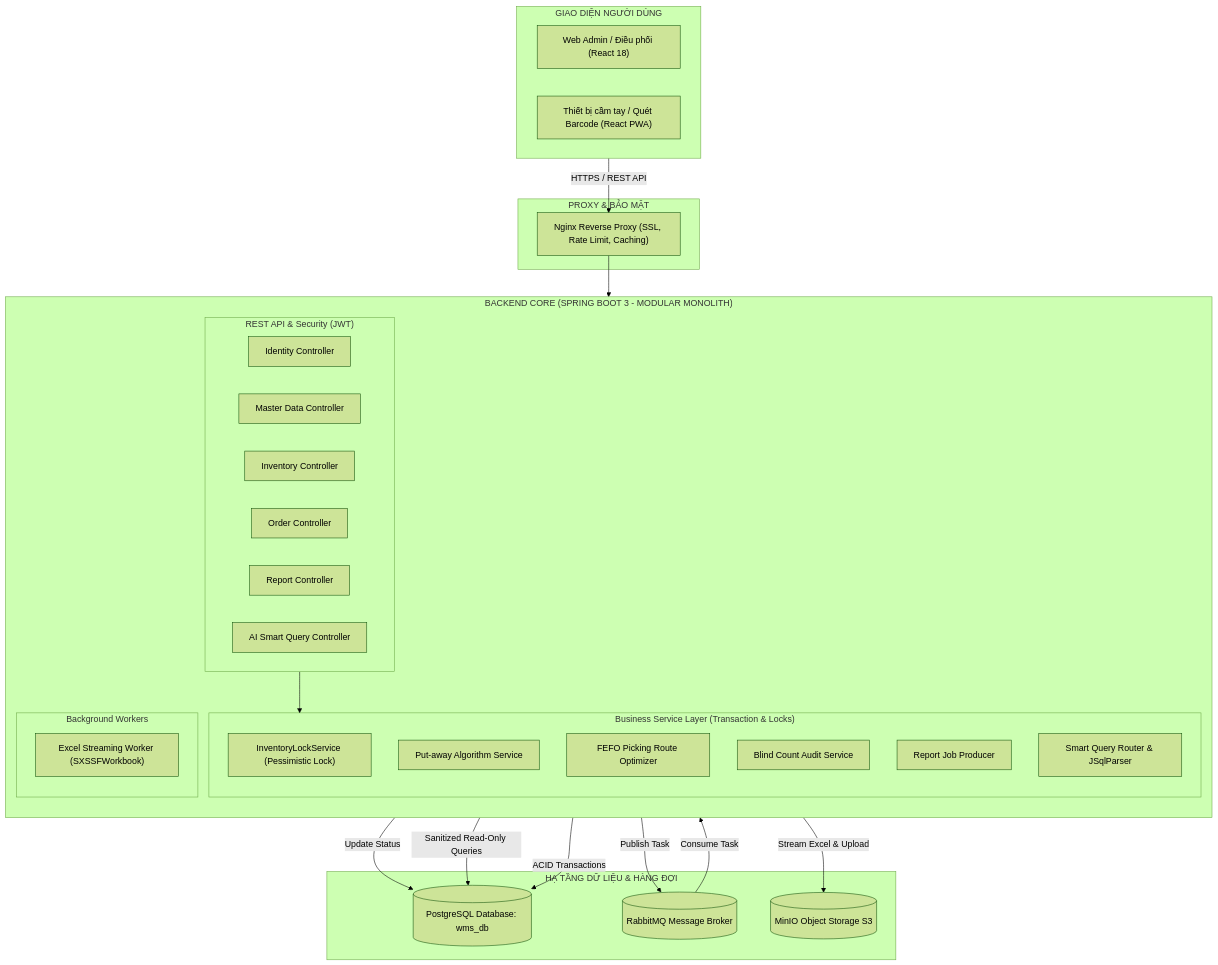
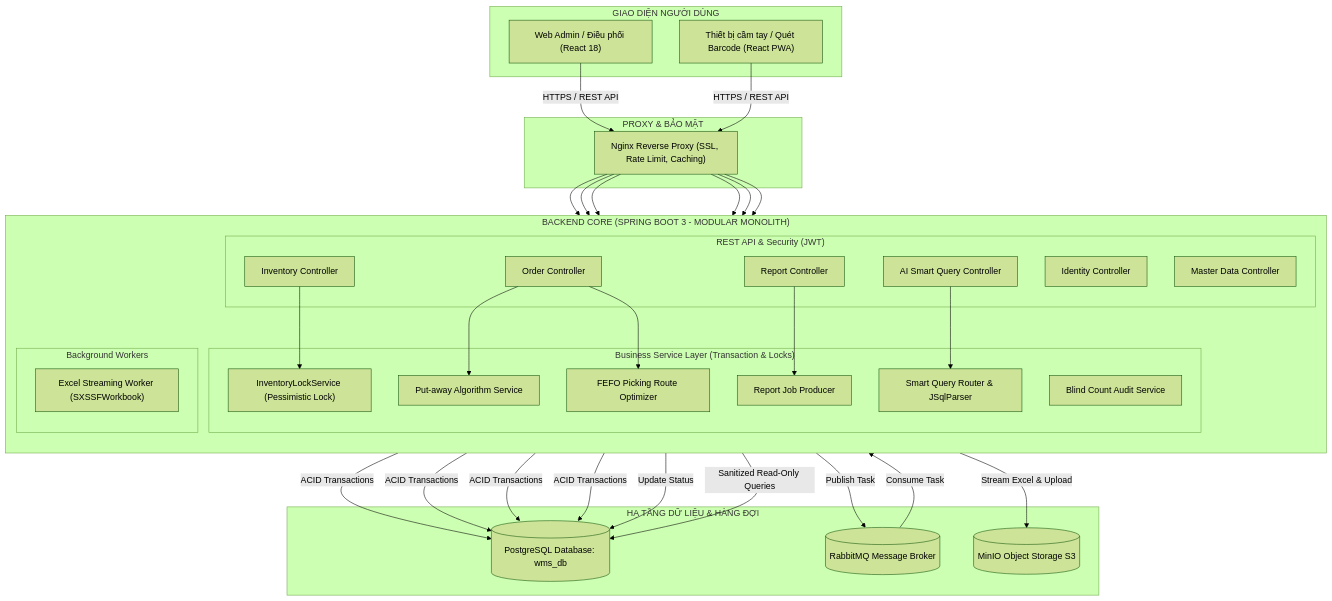
The first of 4 diagrams in SMART_WMS_ARCHITECTURE.md (chien261025/HKDN), drawn with Mermaid (forest theme) before and after one commit. The commit also changed 1 other file, not shown here.

Commit message:
fix(docs): resolve mermaid diagram rendering syntax across markdown viewers

````diff
--- a/SMART_WMS_ARCHITECTURE.md
+++ b/SMART_WMS_ARCHITECTURE.md
@@ -38,52 +38,55 @@
 ```mermaid
 graph TB
     subgraph Clients ["GIAO DIỆN NGƯỜI DÙNG"]
         WebAdmin["Web Admin / Điều phối (React 18)"]
         MobileScanner["Thiết bị cầm tay / Quét Barcode (React PWA)"]
     end
 
     subgraph Gateway ["PROXY & BẢO MẬT"]
         Nginx["Nginx Reverse Proxy (SSL, Rate Limit, Caching)"]
     end
 
     subgraph SpringBootApp ["BACKEND CORE (SPRING BOOT 3 - MODULAR MONOLITH)"]
         direction TB
         subgraph REST_Controllers ["REST API & Security (JWT)"]
             AuthCtrl["Identity Controller"]
             MasterCtrl["Master Data Controller"]
             InvCtrl["Inventory Controller"]
             OrderCtrl["Order Controller"]
             ReportCtrl["Report Controller"]
             AICtrl["AI Smart Query Controller"]
         end
 
         subgraph Core_Services ["Business Service Layer (Transaction & Locks)"]
             InvLockSvc["InventoryLockService (Pessimistic Lock)"]
             PutAwaySvc["Put-away Algorithm Service"]
             FEFOSvc["FEFO Picking Route Optimizer"]
             AuditSvc["Blind Count Audit Service"]
             ReportSvc["Report Job Producer"]
             AISvc["Smart Query Router & JSqlParser"]
         end
 
         subgraph Worker_Services ["Background Workers"]
             ExcelWorker["Excel Streaming Worker (SXSSFWorkbook)"]
         end
     end
 
     subgraph Storage_Infrastructure ["HẠ TẦNG DỮ LIỆU & HÀNG ĐỢI"]
         Postgres[(PostgreSQL Database: wms_db)]
         RabbitMQ[(RabbitMQ Message Broker)]
         MinIO[(MinIO Object Storage S3)]
     end
 
-    Clients -->|HTTPS / REST API| Nginx
-    Nginx --> REST_Controllers
-    REST_Controllers --> Core_Services
-    Core_Services -->|ACID Transactions| Postgres
+    WebAdmin & MobileScanner -->|HTTPS / REST API| Nginx
+    Nginx --> AuthCtrl & MasterCtrl & InvCtrl & OrderCtrl & ReportCtrl & AICtrl
+    InvCtrl --> InvLockSvc
+    OrderCtrl --> PutAwaySvc & FEFOSvc
+    ReportCtrl --> ReportSvc
+    AICtrl --> AISvc
+    InvLockSvc & PutAwaySvc & FEFOSvc & AuditSvc -->|ACID Transactions| Postgres
     ReportSvc -->|Publish Task| RabbitMQ
     RabbitMQ -->|Consume Task| ExcelWorker
     ExcelWorker -->|Stream Excel & Upload| MinIO
     ExcelWorker -->|Update Status| Postgres
     AISvc -->|Sanitized Read-Only Queries| Postgres
 ```
````
